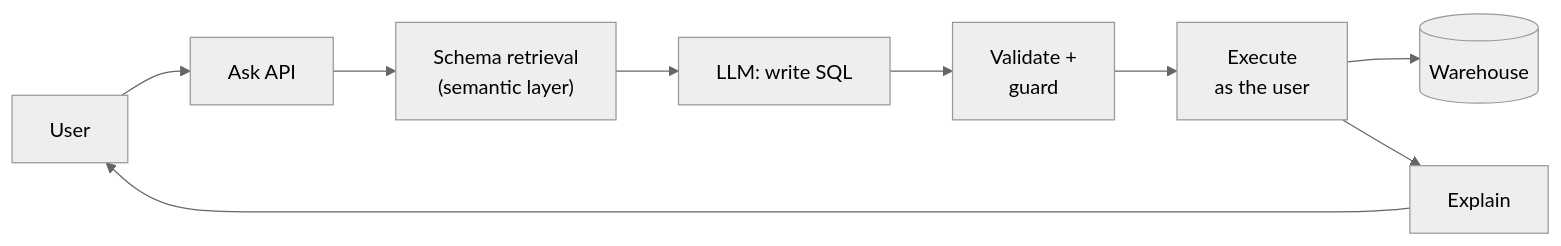
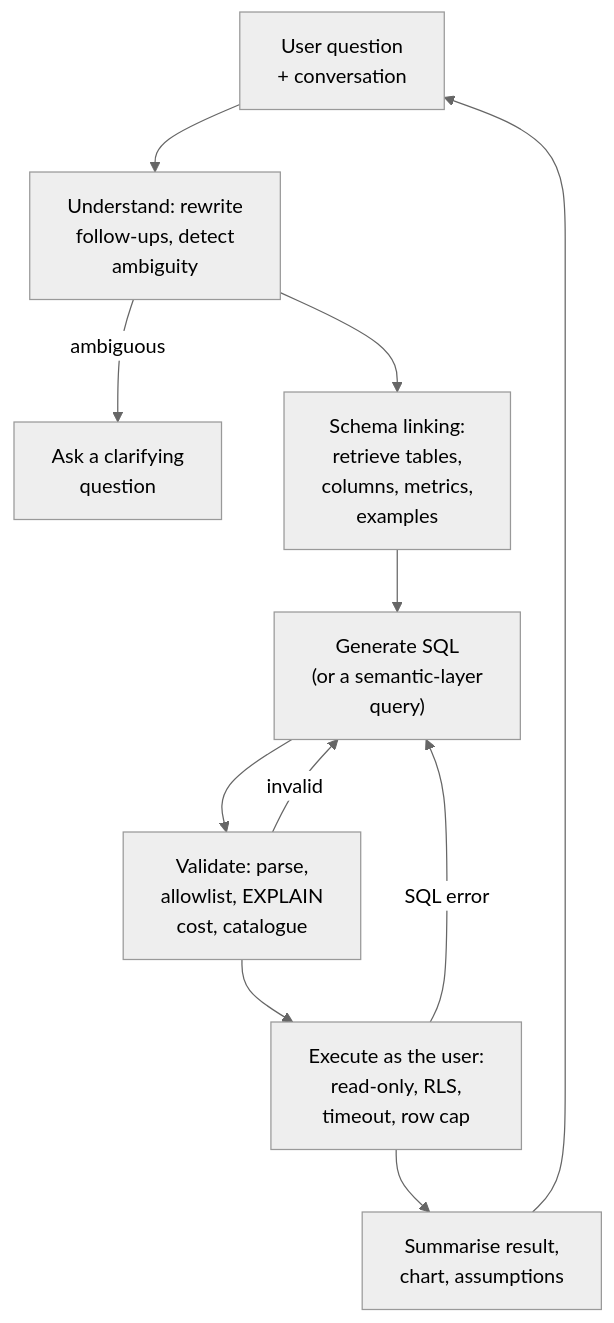
The diagram in src/Data/aiStackDocs/DP-07.md (shubamchaudhary/CodeNITW), drawn with Mermaid (neutral theme) before and after one commit. The commit also changed other lines of this file and 52 other files, not shown here.

````diff
--- a/src/Data/aiStackDocs/DP-07.md
+++ b/src/Data/aiStackDocs/DP-07.md
@@ -58,11 +30,13 @@
 ```mermaid
-flowchart LR
-    U["User"] --> API["Ask API"]
-    API --> CTX["Schema retrieval<br/>(semantic layer)"]
-    CTX --> GEN["LLM: write SQL"]
-    GEN --> VAL["Validate +<br/>guard"]
-    VAL --> EX["Execute<br/>as the user"]
-    EX --> DW[("Warehouse")]
-    EX --> EXP["Explain"]
-    EXP --> U
+flowchart TD
+    U["User question<br/>+ conversation"] --> QU["Understand: rewrite<br/>follow-ups, detect<br/>ambiguity"]
+    QU -->|"ambiguous"| CL["Ask a clarifying<br/>question"]
+    QU --> SL["Schema linking:<br/>retrieve tables,<br/>columns, metrics,<br/>examples"]
+    SL --> GN["Generate SQL<br/>(or a semantic-layer<br/>query)"]
+    GN --> VL["Validate: parse,<br/>allowlist, EXPLAIN<br/>cost, catalogue"]
+    VL -->|"invalid"| GN
+    VL --> EX["Execute as the user:<br/>read-only, RLS,<br/>timeout, row cap"]
+    EX -->|"SQL error"| GN
+    EX --> SM["Summarise result,<br/>chart, assumptions"]
+    SM --> U
 ```
````
